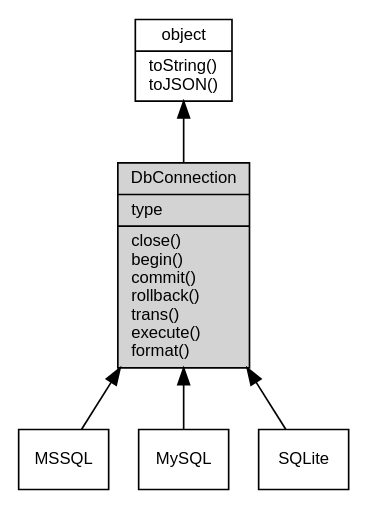
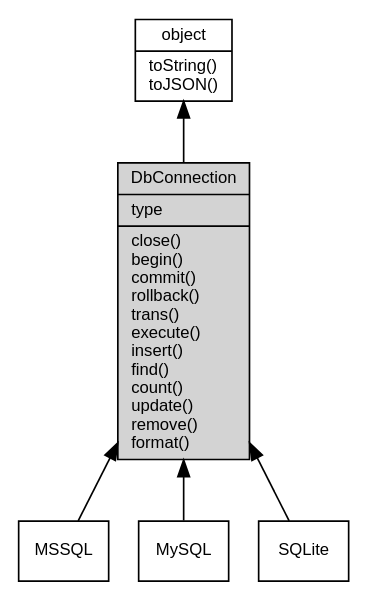
Before and after one commit to fibjs/fibjs.org: the diagram in docs/manual/object/ifs/DbConnection.md, drawn with Graphviz. The commit also changed other lines of this file and 205 other files, not shown here.

````diff
--- a/docs/manual/object/ifs/DbConnection.md
+++ b/docs/manual/object/ifs/DbConnection.md
@@ -5,16 +5,16 @@
 ```dot
 digraph {
     node [fontname="Helvetica,sans-Serif", fontsize=10, shape="record", style="filled", fillcolor="white"];
 
     object [tooltip="object", URL="object.md", label="{object|toString()\ltoJSON()\l}"];
-    DbConnection [tooltip="DbConnection", fillcolor="lightgray", id="me", label="{DbConnection|type\l|close()\lbegin()\lcommit()\lrollback()\ltrans()\lexecute()\lformat()\l}"];
+    DbConnection [tooltip="DbConnection", fillcolor="lightgray", id="me", label="{DbConnection|type\l|close()\lbegin()\lcommit()\lrollback()\ltrans()\lexecute()\linsert()\lfind()\lcount()\lupdate()\lremove()\lformat()\l}"];
     MSSQL [tooltip="MSSQL", URL="MSSQL.md", label="{MSSQL}"];
     MySQL [tooltip="MySQL", URL="MySQL.md", label="{MySQL}"];
     SQLite [tooltip="SQLite", URL="SQLite.md", label="{SQLite}"];
 
     object -> DbConnection [dir=back];
     DbConnection -> MSSQL [dir=back];
     DbConnection -> MySQL [dir=back];
     DbConnection -> SQLite [dir=back];
 }
 ```
````
